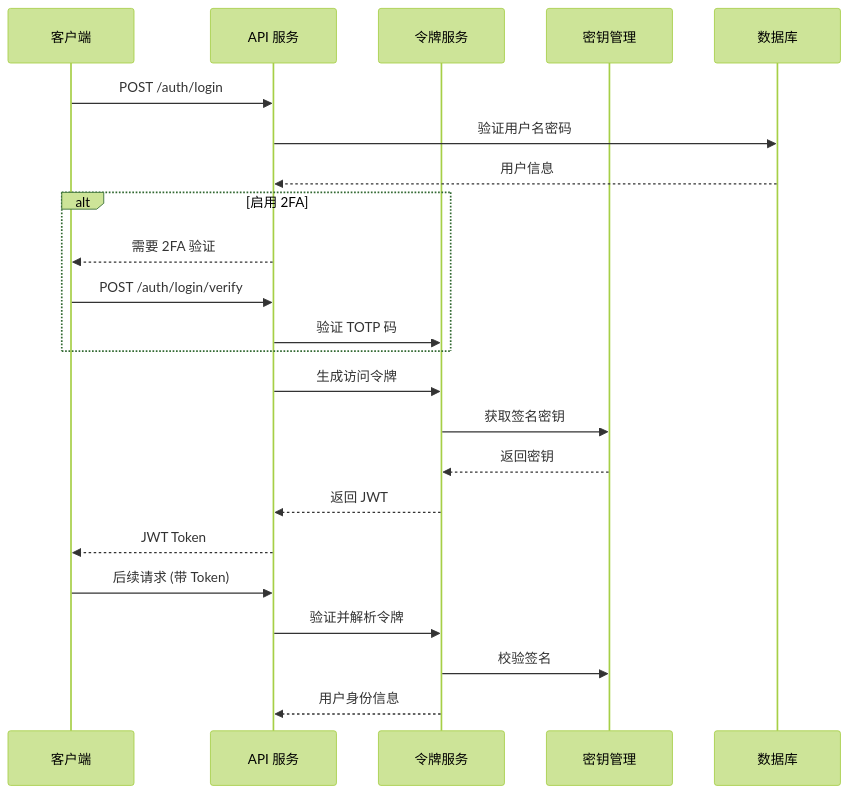
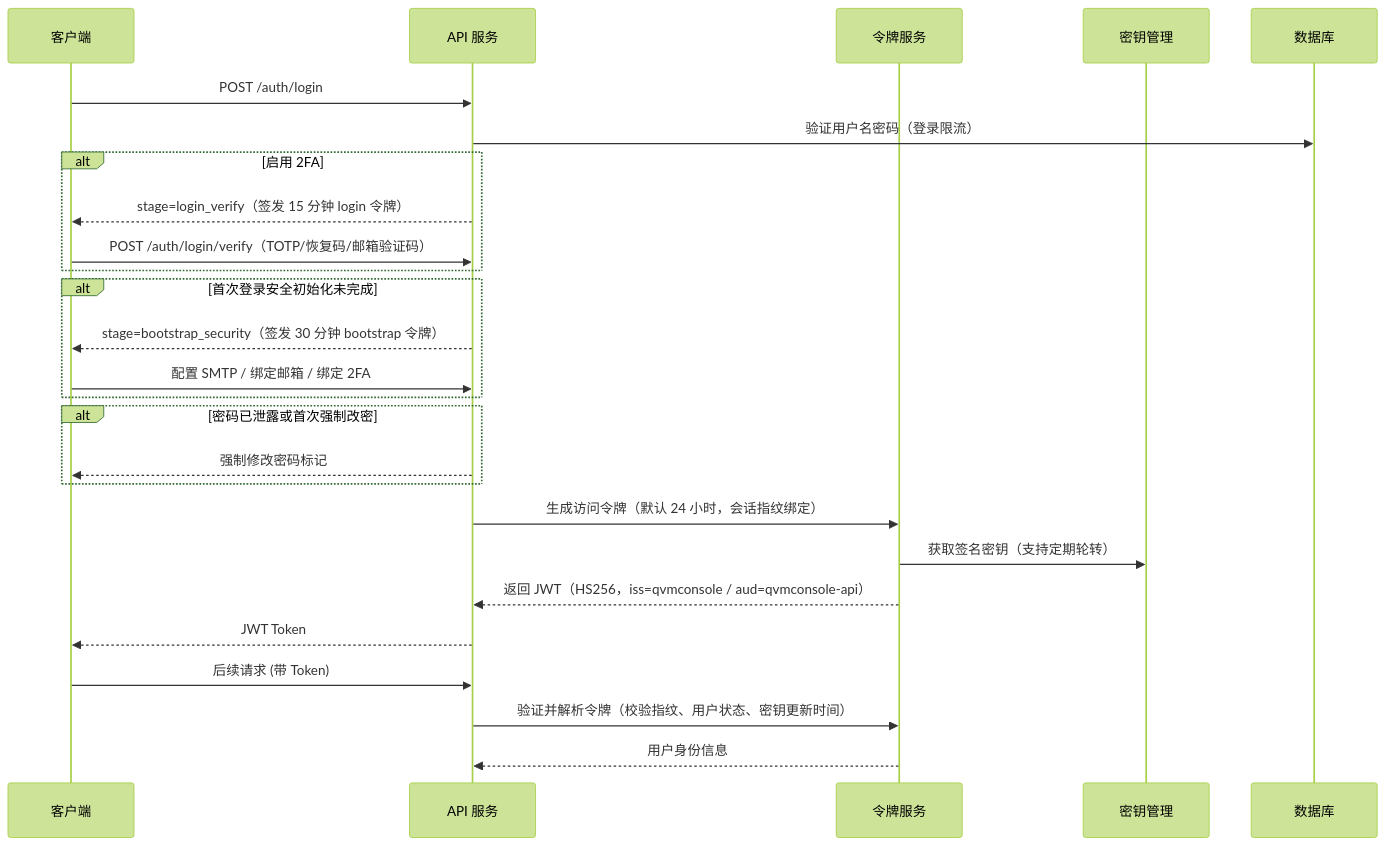
One commit to QVMConsole/docs changed diagram 15 of 18 in docs/feature-analysis/qvmconsole-architecture.mdx. Above: the diagram before and after it, drawn with Mermaid (forest theme). The commit also changed other lines of this file and 37 other files, not shown here.

````diff
--- a/docs/feature-analysis/qvmconsole-architecture.mdx
+++ b/docs/feature-analysis/qvmconsole-architecture.mdx
@@ -715,29 +807,34 @@
 ```mermaid
 sequenceDiagram
     participant Client as 客户端
     participant API as API 服务
     participant TokenSvc as 令牌服务
     participant Secret as 密钥管理
     participant DB as 数据库
 
     Client->>API: POST /auth/login
-    API->>DB: 验证用户名密码
-    DB-->>API: 用户信息
+    API->>DB: 验证用户名密码（登录限流）
 
     alt 启用 2FA
-        API-->>Client: 需要 2FA 验证
-        Client->>API: POST /auth/login/verify
-        API->>TokenSvc: 验证 TOTP 码
+        API-->>Client: stage=login_verify（签发 15 分钟 login 令牌）
+        Client->>API: POST /auth/login/verify（TOTP/恢复码/邮箱验证码）
     end
 
-    API->>TokenSvc: 生成访问令牌
-    TokenSvc->>Secret: 获取签名密钥
-    Secret-->>TokenSvc: 返回密钥
-    TokenSvc-->>API: 返回 JWT
+    alt 首次登录安全初始化未完成
+        API-->>Client: stage=bootstrap_security（签发 30 分钟 bootstrap 令牌）
+        Client->>API: 配置 SMTP / 绑定邮箱 / 绑定 2FA
+    end
+
+    alt 密码已泄露或首次强制改密
+        API-->>Client: 强制修改密码标记
+    end
+
+    API->>TokenSvc: 生成访问令牌（默认 24 小时，会话指纹绑定）
+    TokenSvc->>Secret: 获取签名密钥（支持定期轮转）
+    TokenSvc-->>API: 返回 JWT（HS256，iss=qvmconsole / aud=qvmconsole-api）
     API-->>Client: JWT Token
 
     Client->>API: 后续请求 (带 Token)
-    API->>TokenSvc: 验证并解析令牌
-    TokenSvc->>Secret: 校验签名
+    API->>TokenSvc: 验证并解析令牌（校验指纹、用户状态、密钥更新时间）
     TokenSvc-->>API: 用户身份信息
 ```
````
